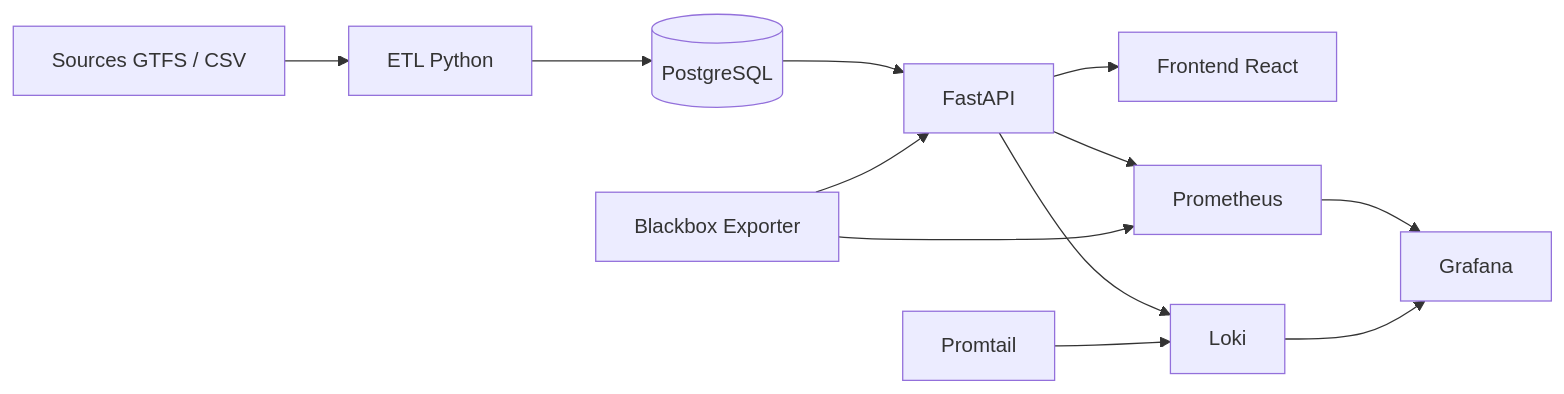
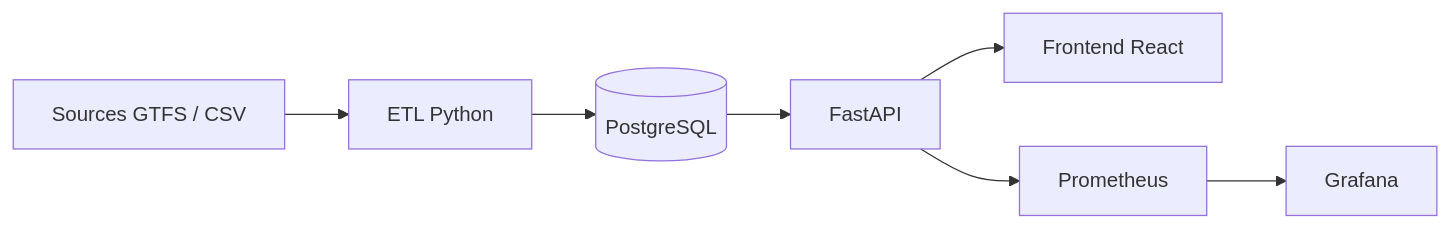
One commit to live0706/MSPR_TPRE_612_Marie_Amina_version1 changed the diagram in docs/architecture.md. Above: the diagram before and after it, drawn with Mermaid. The commit also changed other lines of this file and 46 other files, not shown here.

````diff
--- a/docs/architecture.md
+++ b/docs/architecture.md
@@ -7,14 +7,9 @@
 ```mermaid
 flowchart LR
     A[Sources GTFS / CSV] --> B[ETL Python]
     B --> C[(PostgreSQL)]
     C --> D[FastAPI]
     D --> E[Frontend React]
     D --> F[Prometheus]
-    D --> I[Loki]
-    J[Promtail] --> I
     F --> G[Grafana]
-    H[Blackbox Exporter] --> F
-    H --> D
-    I --> G
 ```
````
